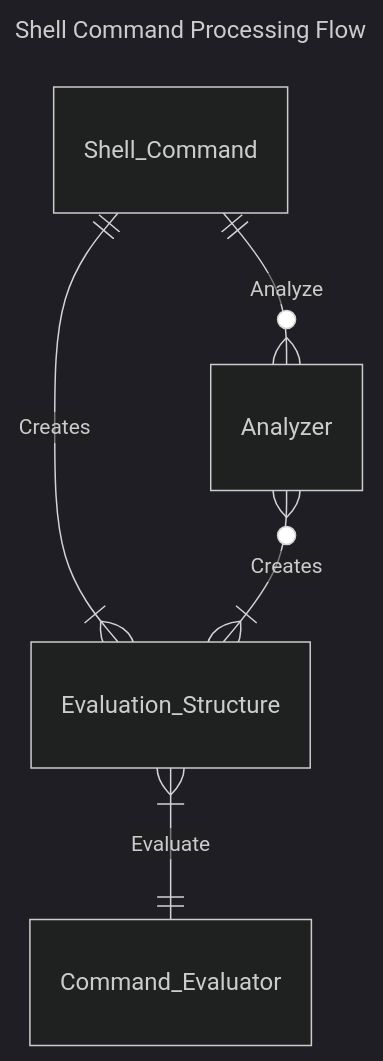
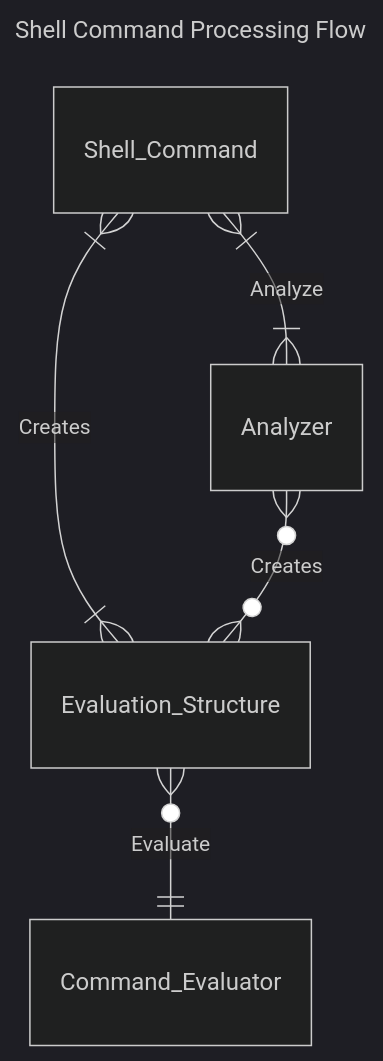
Before and after one commit to 3lsy/minishell: the diagram in docs/README.md, drawn with Mermaid (dark theme).

````diff
--- a/docs/README.md
+++ b/docs/README.md
@@ -68,10 +68,10 @@
 ```mermaid
 ---
 title: Shell Command Processing Flow
 ---
 erDiagram
-    Shell_Command ||--o{ Analyzer : "Analyze"
-    Shell_Command ||--|{ Evaluation_Structure : "Creates"
-    Analyzer }o--|{ Evaluation_Structure : "Creates"
-    Evaluation_Structure }|--|| Command_Evaluator : "Evaluate"
+    Shell_Command }|--|{ Analyzer : "Analyze"
+    Shell_Command }|--|{ Evaluation_Structure : "Creates"
+    Analyzer }o--o{ Evaluation_Structure : "Creates"
+    Evaluation_Structure }o--|| Command_Evaluator : "Evaluate"
 ```
````
